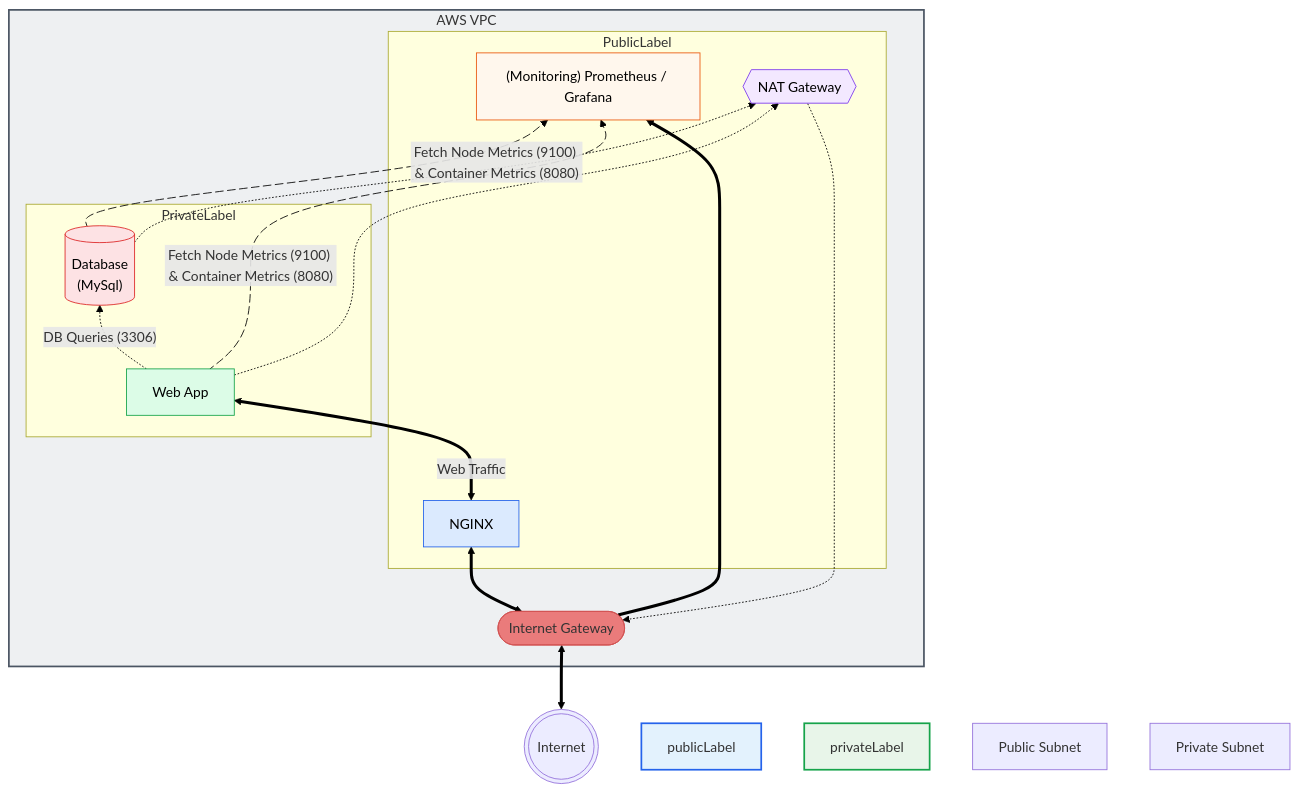
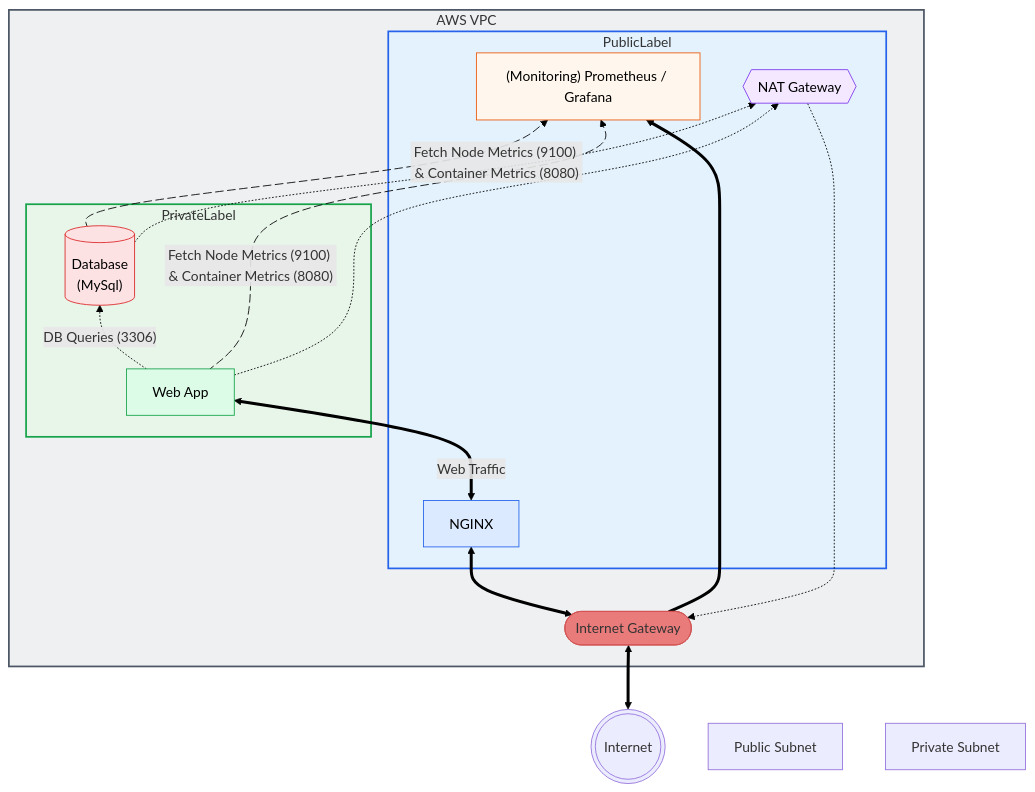
Before and after one commit to Jazzar101/learning-terraform-3087701: the diagram in README.md, drawn with Mermaid.

Commit message:
Test labels

````diff
--- a/README.md
+++ b/README.md
@@ -6,59 +6,59 @@
 ```mermaid
 flowchart BT
     Internet(((Internet)))
     subgraph VPC[AWS VPC]
         IGW([Internet Gateway])
         subgraph PublicSubnet[PublicLabel]
             NAT{{NAT Gateway}}
             NGINX[NGINX]
             Monitoring["(Monitoring) Prometheus / Grafana"]
         end
 
         subgraph PrivateSubnet[PrivateLabel]
             App[Web App]
             DB[("Database\n(MySql)")]
         end
     end
 
     Internet <==> IGW
     IGW <==> NGINX
     NGINX <==>|Web Traffic| App
     App -.->|"DB Queries (3306)"| DB
     IGW ==> Monitoring
 
     App metricsApp@-->|"Fetch Node Metrics (9100) & Container Metrics (8080)"| Monitoring
     DB metricsDB@-->|"Fetch Node Metrics (9100) & Container Metrics (8080)"| Monitoring
 
     App -.-> NAT
     DB -.-> NAT
     NAT -.-> IGW
     
     metricsApp@{ animation: slow }    
     metricsDB@{ animation: slow }
 
     %% Node-only styling (GitHub safe)
     classDef ingress fill:#dbeafe,stroke:#2563eb,color:#000000
     classDef monitoring fill:#fff7ed,stroke:#ea580c,color:#000000
     classDef nat fill:#f3e8ff,stroke:#7c3aed,color:#000000
     classDef app fill:#dcfce7,stroke:#16a34a,color:#000000
     classDef db fill:#fde2e4,stroke:#dc2626,color:#000000
     classDef igw fill:#EA7B7B,stroke:#D25353,color:#00000
-    classDef PublicLabel fill:#e3f2fd,stroke:#none,stroke-width:1.5px,color:#111827,font-weight:bold
-    classDef Privatelabel fill:#e8f5e9,stroke:none,color:#000000,font-size:12px,font-weight:500
+    classDef PublicLabel fill:#e3f2fd,stroke:none,color:#111827,font-weight:bold
+    classDef Privatelabel fill:#e8f5e9,stroke:none,color:#111827,font-weight:bold
 
     style VPC fill:#eef0f2,stroke:#4b5563,stroke-width:2px
-    style publicLabel fill:#e3f2fd,stroke:#2563eb,stroke-width:2px
-    style privateLabel fill:#e8f5e9,stroke:#16a34a,stroke-width:2px    
+    style PublicSubnet fill:#e3f2fd,stroke:#2563eb,stroke-width:2px
+    style PrivateSubnet fill:#e8f5e9,stroke:#16a34a,stroke-width:2px    
  
     linkStyle default stroke:#000
 
-    PublicLabel["Public Subnet"]:::publicLabel
-    PrivateLabel["Private Subnet"]:::privateLabel
+    PublicLabel["Public Subnet"]
+    PrivateLabel["Private Subnet"]
 
     class NGINX ingress
     class Monitoring monitoring
     class NAT nat
     class App app
     class DB db
     class IGW igw
 ```
````
